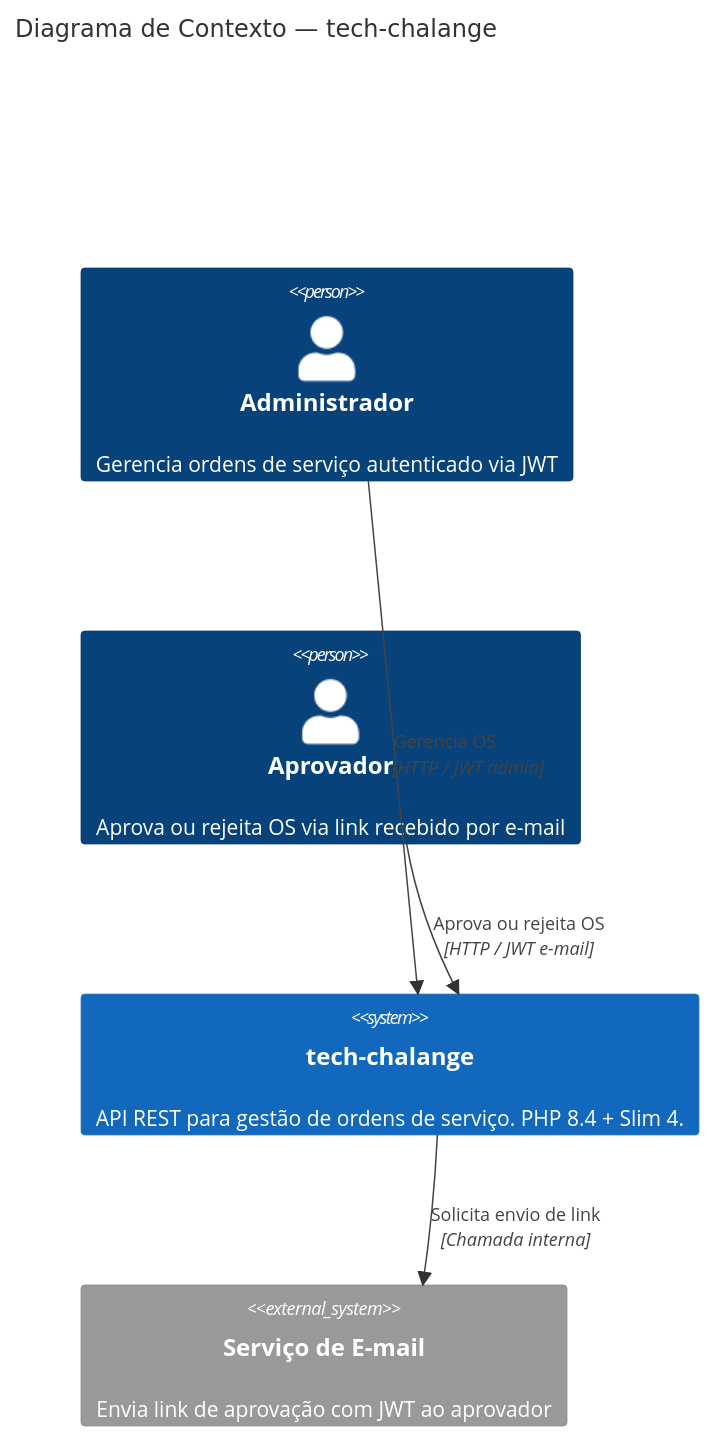
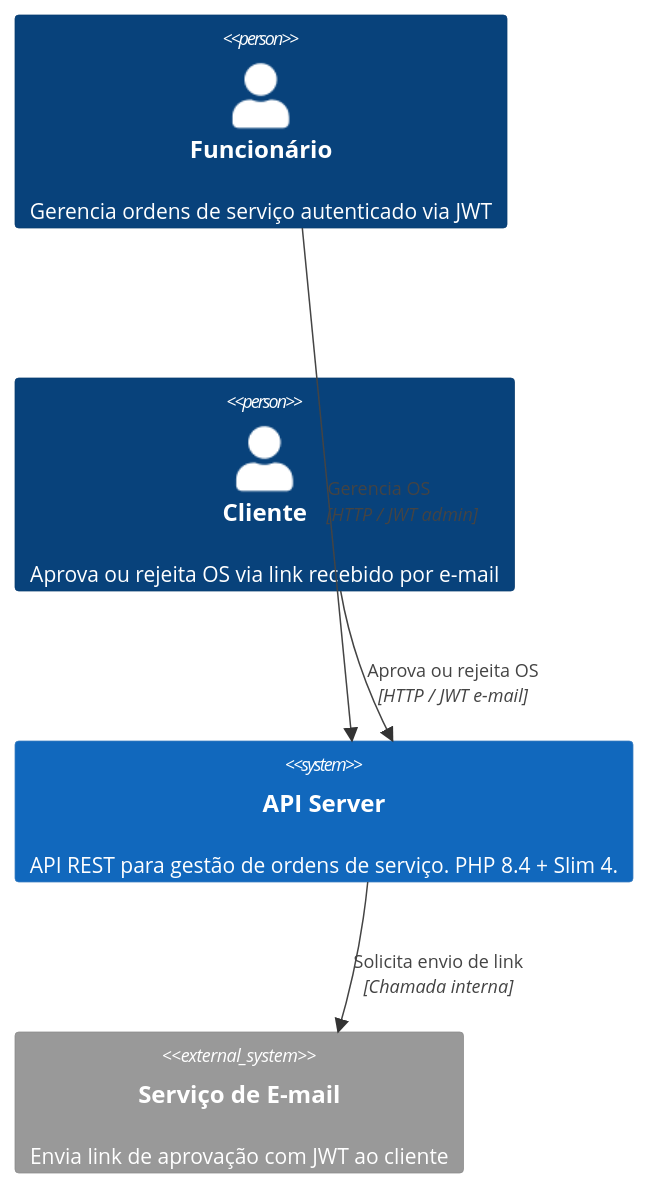
One commit to oesleik/tech-chalange changed the first of 3 diagrams in docs/arch/DAS.md. Above: the diagram before and after it, drawn with Mermaid. The commit also changed other lines of this file, not shown here.

````diff
--- a/docs/arch/DAS.md
+++ b/docs/arch/DAS.md
@@ -189,15 +190,13 @@
 ```mermaid
 C4Context
-  title Diagrama de Contexto — tech-chalange
+  Person(funcionario, "Funcionário", "Gerencia ordens de serviço autenticado via JWT")
+  Person(cliente, "Cliente", "Aprova ou rejeita OS via link recebido por e-mail")
 
-  Person(admin, "Administrador", "Gerencia ordens de serviço autenticado via JWT")
-  Person(aprovador, "Aprovador", "Aprova ou rejeita OS via link recebido por e-mail")
+  System(api, "API Server", "API REST para gestão de ordens de serviço. PHP 8.4 + Slim 4.")
 
-  System(api, "tech-chalange", "API REST para gestão de ordens de serviço. PHP 8.4 + Slim 4.")
+  System_Ext(email, "Serviço de E-mail", "Envia link de aprovação com JWT ao cliente")
 
-  System_Ext(email, "Serviço de E-mail", "Envia link de aprovação com JWT ao aprovador")
-
-  Rel(admin, api, "Gerencia OS", "HTTP / JWT admin")
-  Rel(aprovador, api, "Aprova ou rejeita OS", "HTTP / JWT e-mail")
+  Rel(funcionario, api, "Gerencia OS", "HTTP / JWT admin")
+  Rel(cliente, api, "Aprova ou rejeita OS", "HTTP / JWT e-mail")
   Rel(api, email, "Solicita envio de link", "Chamada interna")
 ```
````
